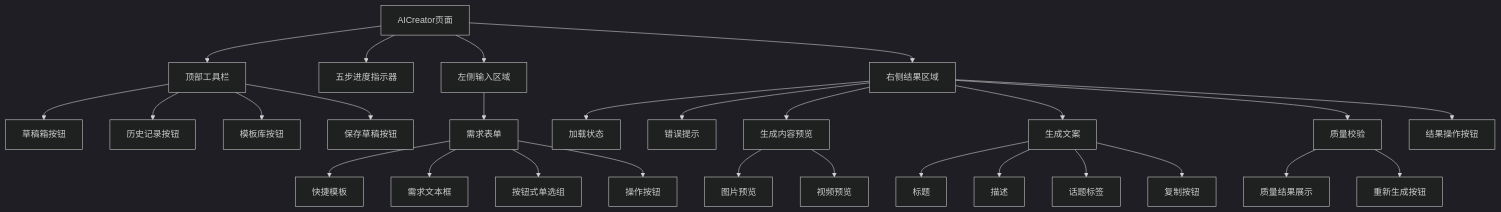
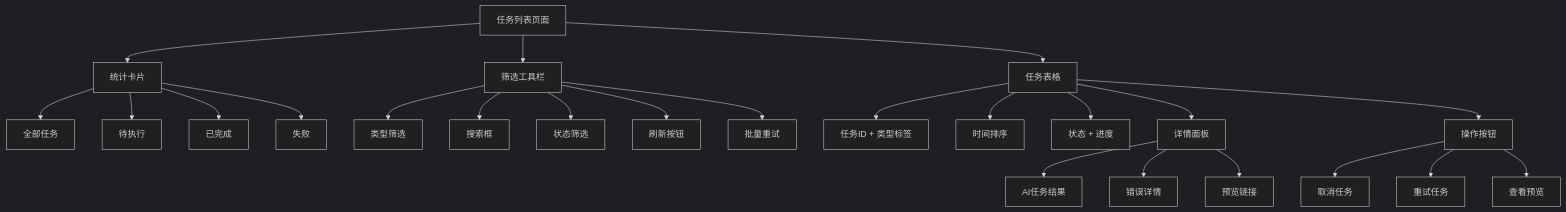
The tenth of 20 diagrams in .qoder/repowiki/zh/content/核心模块详解/Web界面系统/AI创作页面.md (songdiyang/clawOperations), drawn with Mermaid (dark theme) before and after one commit. The commit also changed other lines of this file and 10 other files, not shown here.

````diff
--- a/.qoder/repowiki/zh/content/核心模块详解/Web界面系统/AI创作页面.md
+++ b/.qoder/repowiki/zh/content/核心模块详解/Web界面系统/AI创作页面.md
@@ -427,30 +500,26 @@
 ```mermaid
 graph TD
-AICreator[AICreator页面] --> TopToolbar[顶部工具栏]
-AICreator --> Steps[五步进度指示器]
-AICreator --> Left[左侧输入区域]
-AICreator --> Right[右侧结果区域]
-TopToolbar --> DraftBtn[草稿箱按钮]
-TopToolbar --> HistoryBtn[历史记录按钮]
-TopToolbar --> TemplateBtn[模板库按钮]
-TopToolbar --> SaveDraftBtn[保存草稿按钮]
-Left --> Form[需求表单]
-Form --> QuickTemplates[快捷模板]
-Form --> TextArea[需求文本框]
-Form --> ButtonRadio[按钮式单选组]
-Form --> ActionButtons[操作按钮]
-Right --> Loading[加载状态]
-Right --> Error[错误提示]
-Right --> Content[生成内容预览]
-Right --> Copywriting[生成文案]
-Right --> QualityCheck[质量校验]
-Right --> ResultButtons[结果操作按钮]
-Content --> Image[图片预览]
-Content --> Video[视频预览]
-Copywriting --> Title[标题]
-Copywriting --> Description[描述]
-Copywriting --> Hashtags[话题标签]
-Copywriting --> CopyButtons[复制按钮]
-QualityCheck --> QualityResult[质量结果展示]
-QualityCheck --> RegenerateButton[重新生成按钮]
+TaskList[任务列表页面] --> Stats[统计卡片]
+TaskList --> Toolbar[筛选工具栏]
+TaskList --> Table[任务表格]
+Stats --> TotalTasks[全部任务]
+Stats --> PendingTasks[待执行]
+Stats --> CompletedTasks[已完成]
+Stats --> FailedTasks[失败]
+Toolbar --> TypeFilter[类型筛选]
+Toolbar --> SearchBox[搜索框]
+Toolbar --> StatusFilter[状态筛选]
+Toolbar --> RefreshBtn[刷新按钮]
+Toolbar --> BatchRetryBtn[批量重试]
+Table --> TaskID[任务ID + 类型标签]
+Table --> Time[时间排序]
+Table --> Status[状态 + 进度]
+Table --> Detail[详情面板]
+Table --> Actions[操作按钮]
+Detail --> AIResult[AI任务结果]
+Detail --> ErrorPanel[错误详情]
+Detail --> PreviewLink[预览链接]
+Actions --> CancelBtn[取消任务]
+Actions --> RetryBtn[重试任务]
+Actions --> PreviewBtn[查看预览]
 ```
````
